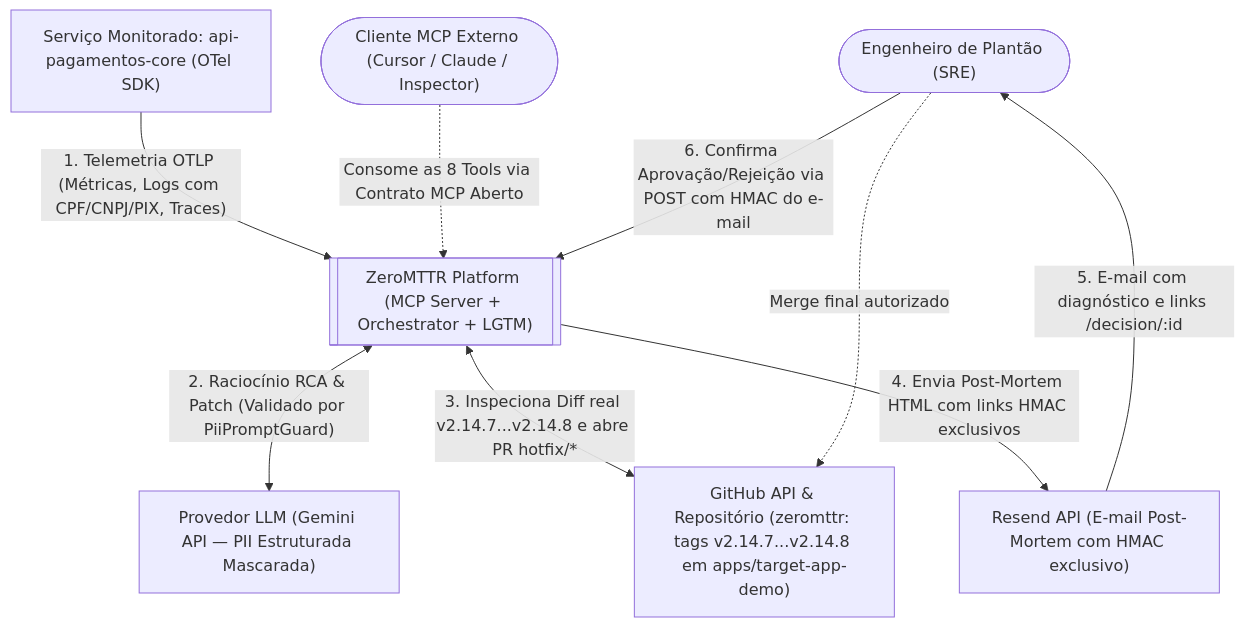
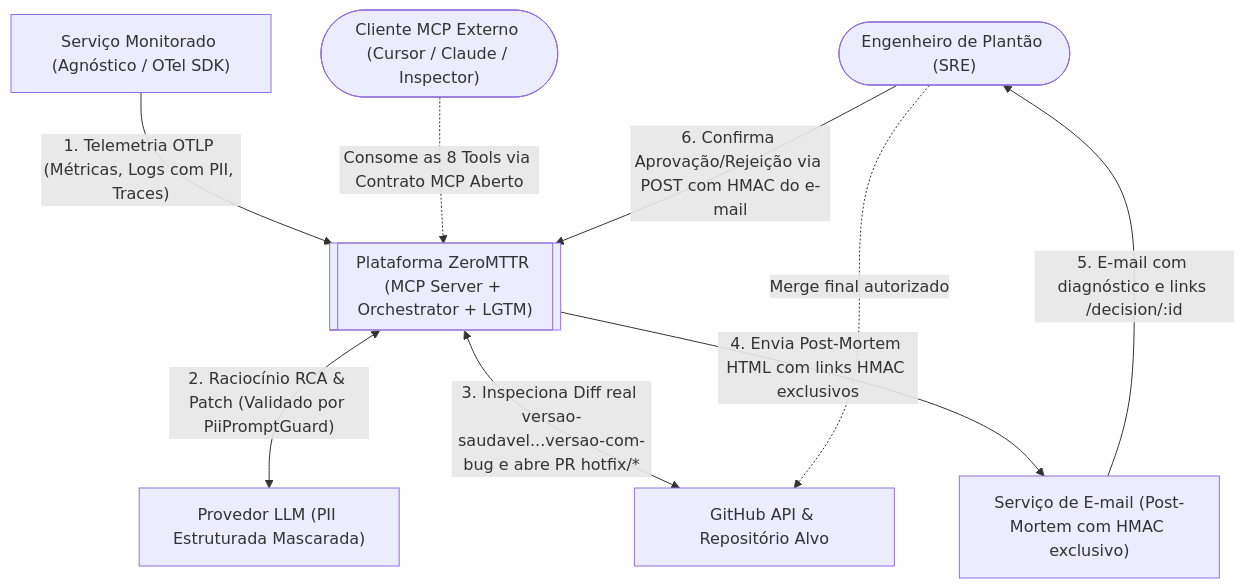
The second of 5 diagrams in docs/pt-BR/00_architecture_master.md (AdmilsonGoncalves/zeromttr), drawn with Mermaid before and after one commit. The commit also changed other lines of this file and 75 other files, not shown here.

````diff
--- a/docs/pt-BR/00_architecture_master.md
+++ b/docs/pt-BR/00_architecture_master.md
@@ -147,19 +148,19 @@
 ```mermaid
 flowchart TD
     SRE(["Engenheiro de Plantão (SRE)"])
     EXT_MCP(["Cliente MCP Externo (Cursor / Claude / Inspector)"])
-    APP["Serviço Monitorado: api-pagamentos-core (OTel SDK)"]
-    ZMT[["ZeroMTTR Platform (MCP Server + Orchestrator + LGTM)"]]
-    LLM["Provedor LLM (Gemini API — PII Estruturada Mascarada)"]
-    GH["GitHub API & Repositório (zeromttr: tags v2.14.7...v2.14.8 em apps/target-app-demo)"]
-    RS["Resend API (E-mail Post-Mortem com HMAC exclusivo)"]
+    APP["Serviço Monitorado (Agnóstico / OTel SDK)"]
+    ZMT[["Plataforma ZeroMTTR (MCP Server + Orchestrator + LGTM)"]]
+    LLM["Provedor LLM (PII Estruturada Mascarada)"]
+    GH["GitHub API & Repositório Alvo"]
+    RS["Serviço de E-mail (Post-Mortem com HMAC exclusivo)"]
 
-    APP -->|"1. Telemetria OTLP (Métricas, Logs com CPF/CNPJ/PIX, Traces)"| ZMT
+    APP -->|"1. Telemetria OTLP (Métricas, Logs com PII, Traces)"| ZMT
     EXT_MCP -.->|"Consome as 8 Tools via Contrato MCP Aberto"| ZMT
     ZMT <-->|"2. Raciocínio RCA & Patch (Validado por PiiPromptGuard)"| LLM
-    ZMT <-->|"3. Inspeciona Diff real v2.14.7...v2.14.8 e abre PR hotfix/*"| GH
+    ZMT <-->|"3. Inspeciona Diff real versao-saudavel...versao-com-bug e abre PR hotfix/*"| GH
     ZMT -->|"4. Envia Post-Mortem HTML com links HMAC exclusivos"| RS
     RS -->|"5. E-mail com diagnóstico e links /decision/:id"| SRE
     SRE -->|"6. Confirma Aprovação/Rejeição via POST com HMAC do e-mail"| ZMT
     SRE -.->|"Merge final autorizado"| GH
 ```
````
